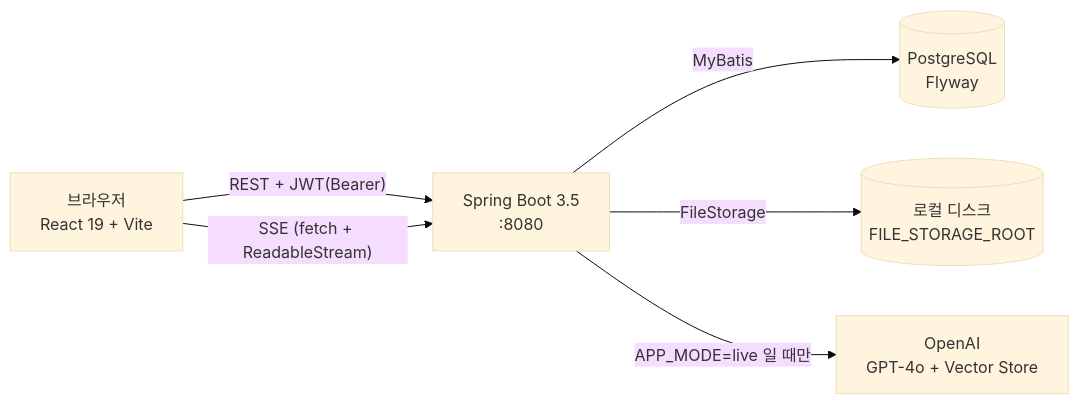
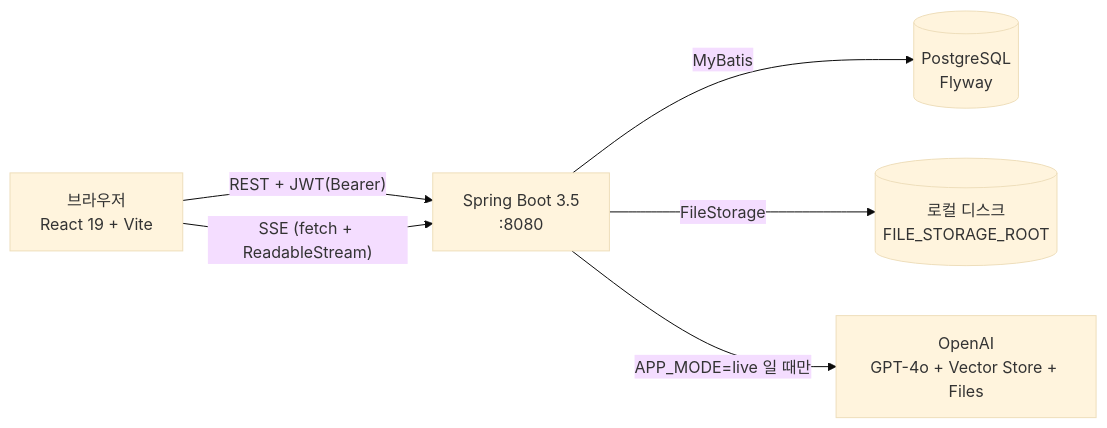
One commit to changs0124/rag-chatbot changed the first of 3 diagrams in docs/02_architecture/overview.md. Above: the diagram before and after it, drawn with Mermaid (base theme). The commit also changed other lines of this file and 75 other files, not shown here.

````diff
--- a/docs/02_architecture/overview.md
+++ b/docs/02_architecture/overview.md
@@ -9,14 +9,14 @@
 ```mermaid
 flowchart LR
   B["브라우저<br/>React 19 + Vite"]
   A["Spring Boot 3.5<br/>:8080"]
   D[("PostgreSQL<br/>Flyway")]
   F[("로컬 디스크<br/>FILE_STORAGE_ROOT")]
-  O["OpenAI<br/>GPT-4o + Vector Store"]
+  O["OpenAI<br/>GPT-4o + Vector Store + Files"]
 
   B -- "REST + JWT(Bearer)" --> A
   B -- "SSE (fetch + ReadableStream)" --> A
   A -- MyBatis --> D
   A -- FileStorage --> F
   A -- "APP_MODE=live 일 때만" --> O
 ```
````
